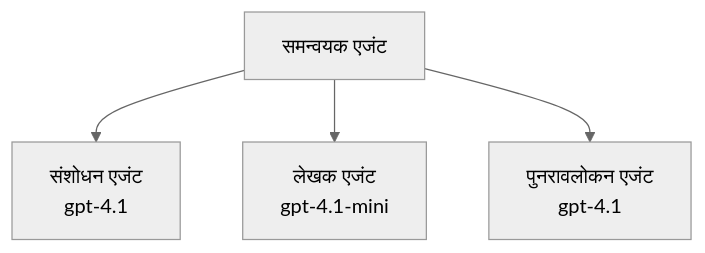
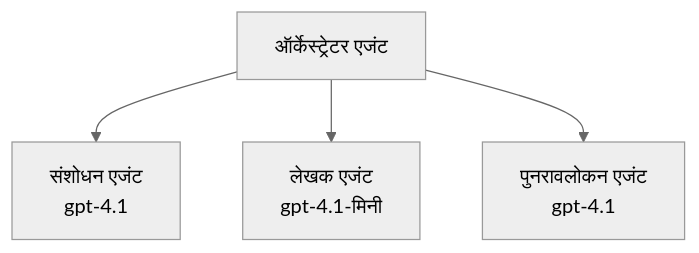
The third of 3 diagrams in translations/mr/docs/chapter-02-ai-development/agents.md (microsoft/AZD-for-beginners), drawn with Mermaid (neutral theme) before and after one commit. The commit also changed other lines of this file and 104 other files, not shown here.

````diff
--- a/translations/mr/docs/chapter-02-ai-development/agents.md
+++ b/translations/mr/docs/chapter-02-ai-development/agents.md
@@ -194,6 +201,6 @@
 ```mermaid
 graph TD
-    Orchestrator[समन्वयक एजंट] --> Research[संशोधन एजंट<br/>gpt-4.1]
-    Orchestrator --> Writer[लेखक एजंट<br/>gpt-4.1-mini]
+    Orchestrator[ऑर्केस्ट्रेटर एजंट] --> Research[संशोधन एजंट<br/>gpt-4.1]
+    Orchestrator --> Writer[लेखक एजंट<br/>gpt-4.1-मिनी]
     Orchestrator --> Reviewer[पुनरावलोकन एजंट<br/>gpt-4.1]
 ```
````
